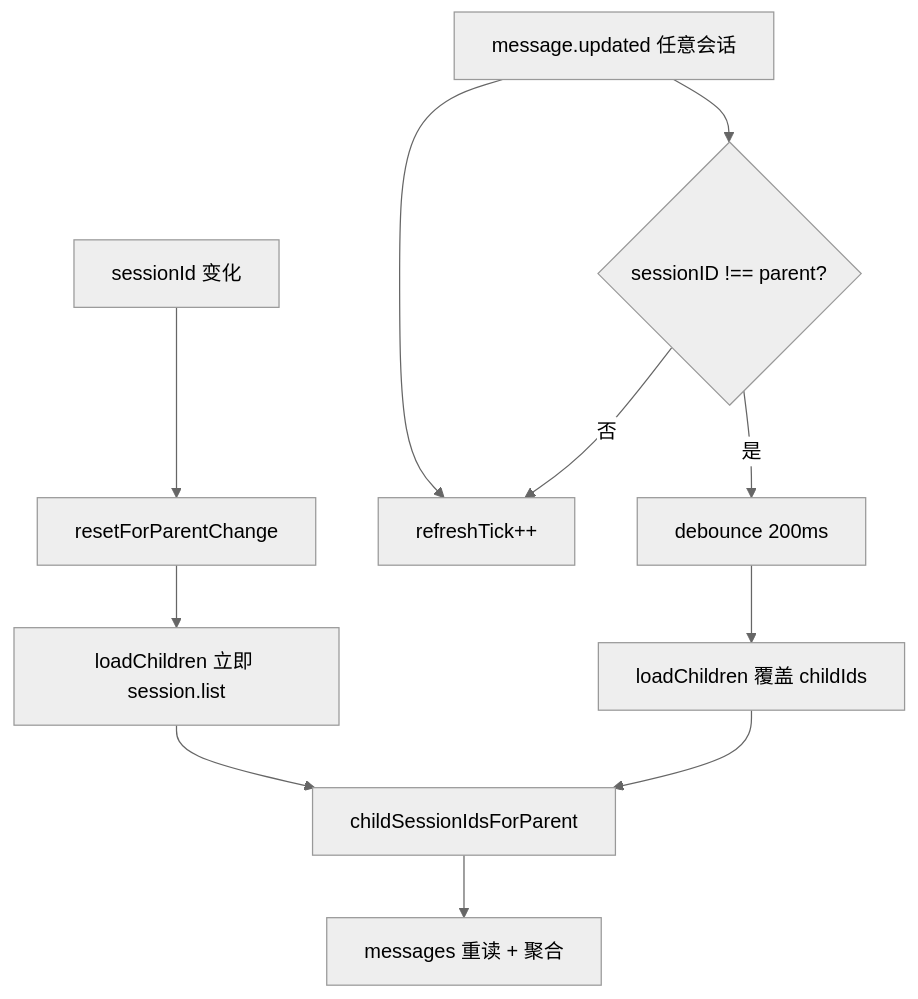
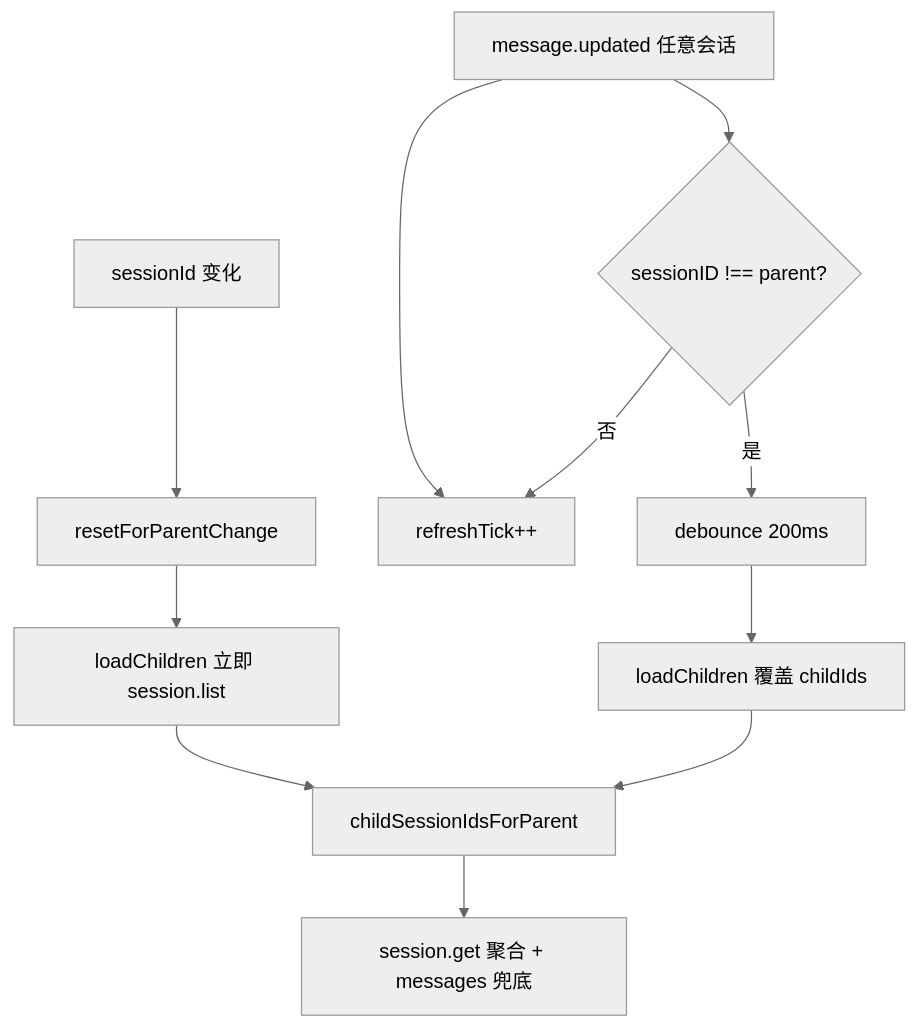
One commit to joaomj/opencode-cache-hit-plugin changed the third of 4 diagrams in docs/zh-CN/design.md. Above: the diagram before and after it, drawn with Mermaid (neutral theme). The commit also changed other lines of this file and 11 other files, not shown here.

First line of the commit message:
fix: use session.get() aggregates to bypass 100-message cap

````diff
--- a/docs/zh-CN/design.md
+++ b/docs/zh-CN/design.md
@@ -105,13 +106,13 @@
 ```mermaid
 flowchart TD
   A[sessionId 变化] --> B[resetForParentChange]
   B --> C[loadChildren 立即 session.list]
   E[message.updated 任意会话] --> R[refreshTick++]
   E --> F{sessionID !== parent?}
   F -->|是| G[debounce 200ms]
   G --> C2[loadChildren 覆盖 childIds]
   F -->|否| R
   C --> H[childSessionIdsForParent]
   C2 --> H
-  H --> I[messages 重读 + 聚合]
+  H --> I["session.get 聚合 + messages 兜底"]
 ```
````
